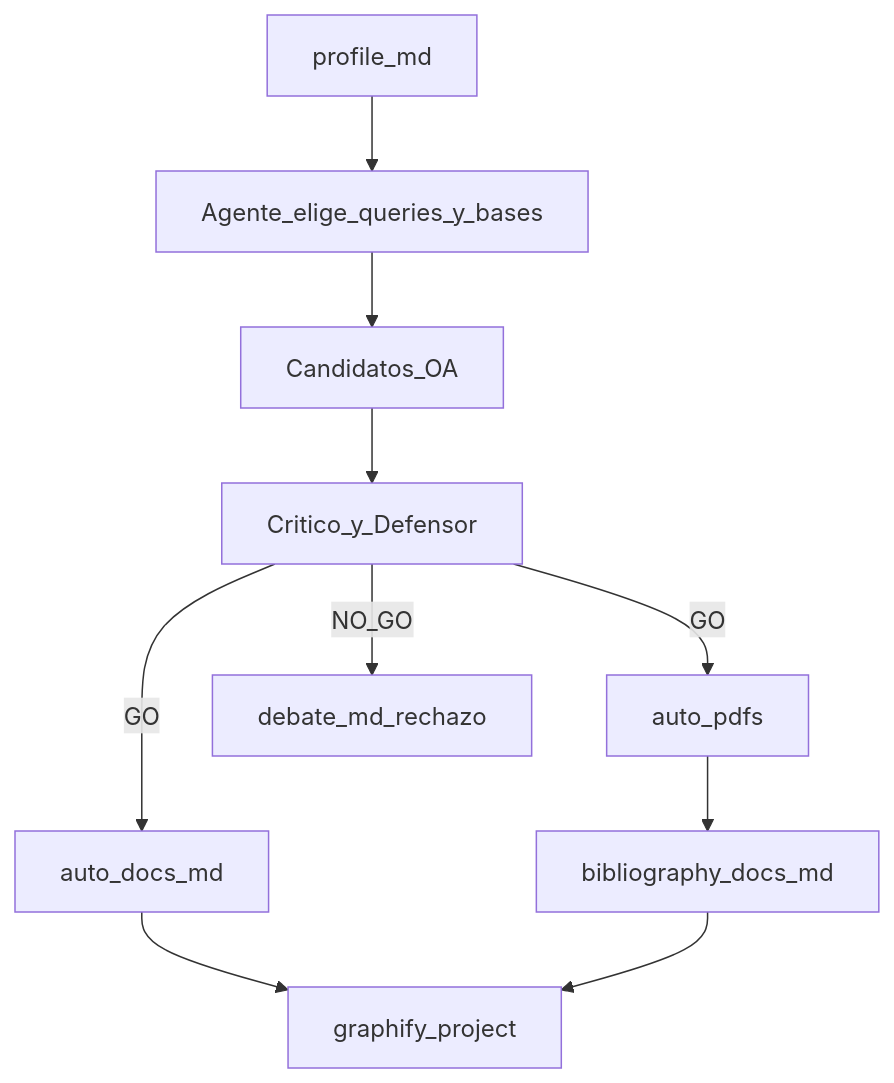
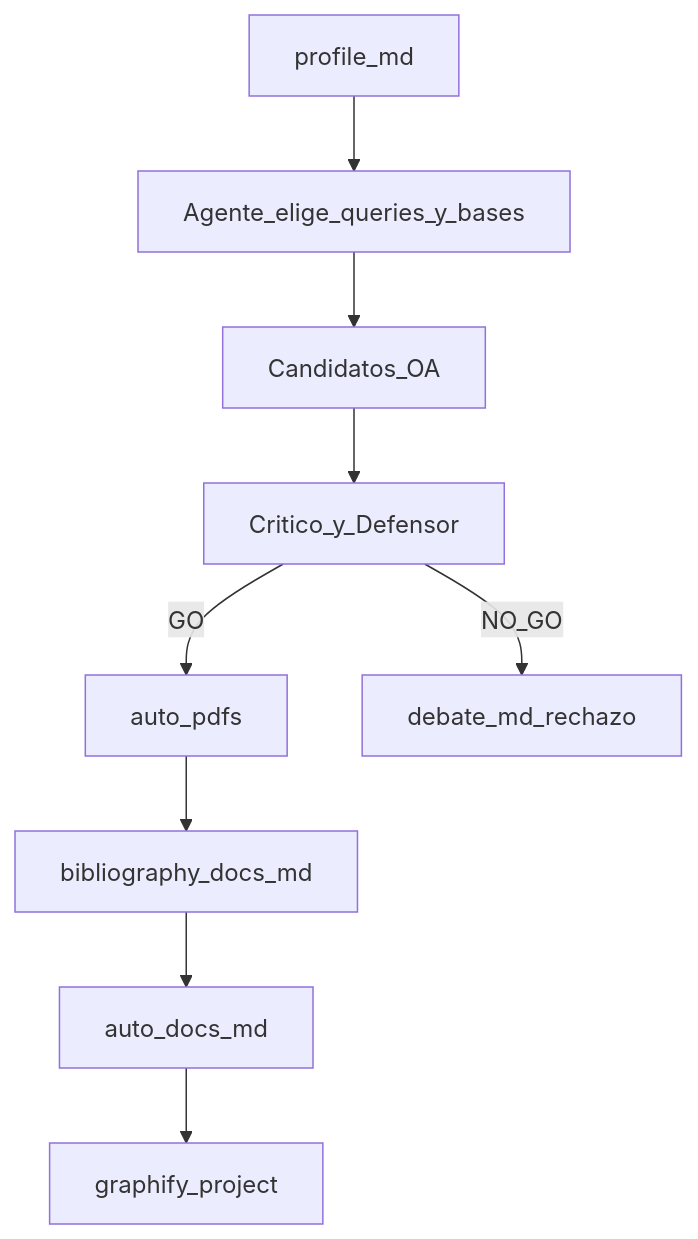
One commit to Luis-Fernando-MP/skills-report changed the diagram in common/bibliography-auto/model1.md. Above: the diagram before and after it, drawn with Mermaid. The commit also changed other lines of this file and 13 other files, not shown here.

````diff
--- a/common/bibliography-auto/model1.md
+++ b/common/bibliography-auto/model1.md
@@ -32,12 +32,11 @@
 ```mermaid
 flowchart TD
   profile[profile_md] --> agent[Agente_elige_queries_y_bases]
   agent --> search[Candidatos_OA]
   search --> debate[Critico_y_Defensor]
   debate -->|GO| pdfs[auto_pdfs]
   debate -->|NO_GO| reject[debate_md_rechazo]
   pdfs --> bibDocs[bibliography_docs_md]
-  debate -->|GO| catalog[auto_docs_md]
+  bibDocs --> catalog[auto_docs_md]
   catalog --> gp[graphify_project]
-  bibDocs --> gp
 ```
````
